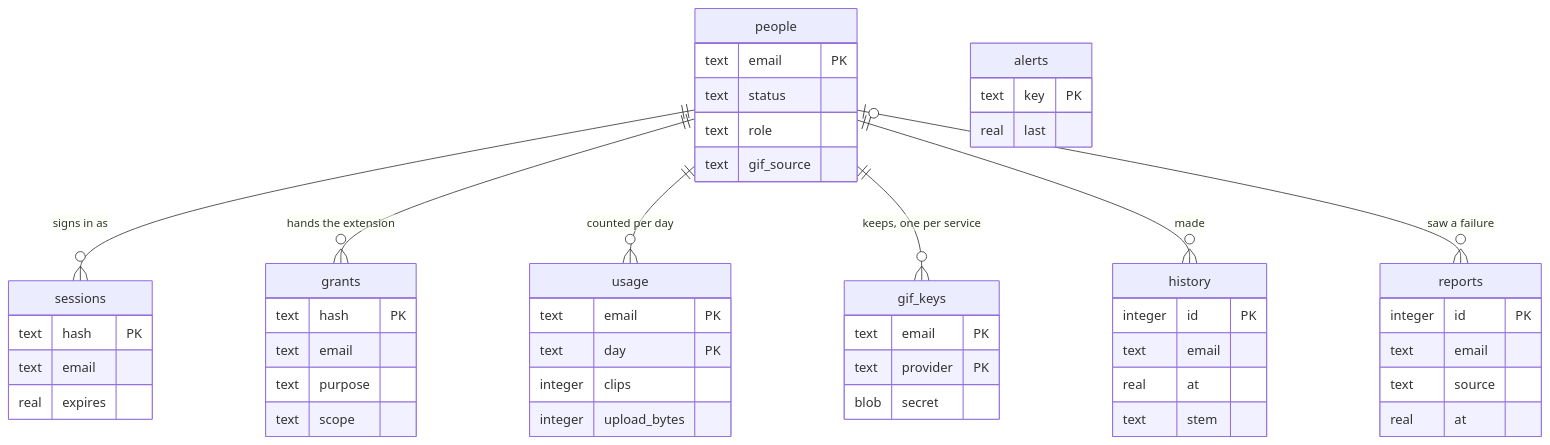
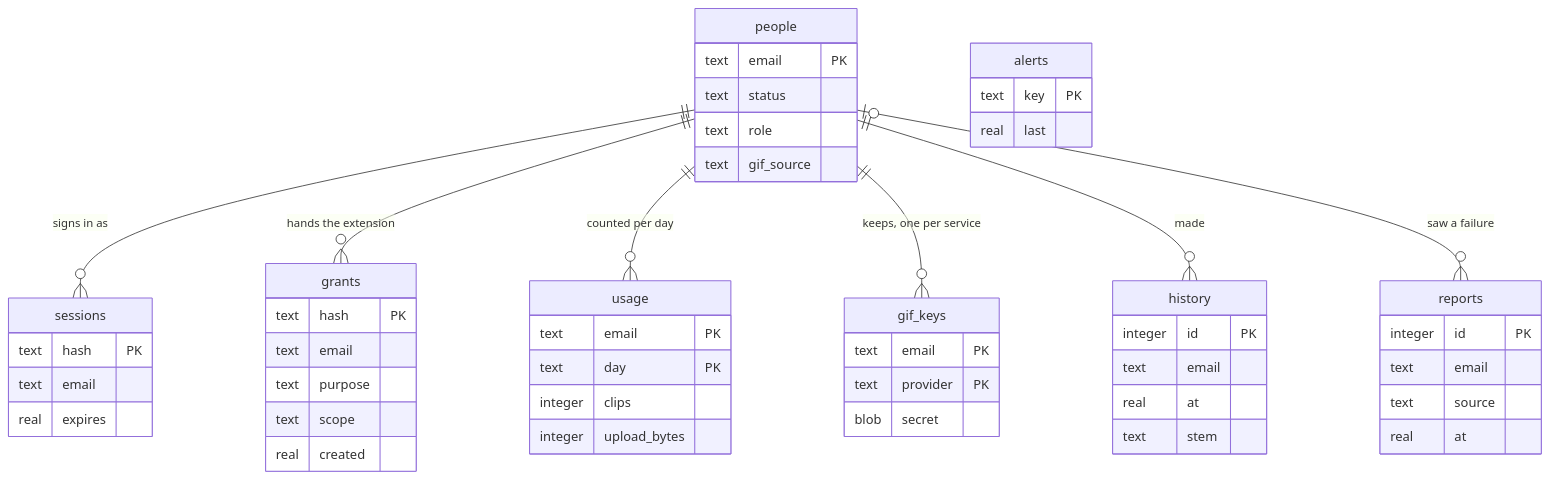
One commit to PalWorks/snipshare-whatsapp-status-maker changed the diagram in DATA_MODEL.md. Above: the diagram before and after it, drawn with Mermaid. The commit also changed other lines of this file and 35 other files, not shown here.

````diff
--- a/DATA_MODEL.md
+++ b/DATA_MODEL.md
@@ -23,53 +23,54 @@
 ```mermaid
 erDiagram
     people ||--o{ sessions : "signs in as"
     people ||--o{ grants : "hands the extension"
     people ||--o{ usage : "counted per day"
     people ||--o{ gif_keys : "keeps, one per service"
     people ||--o{ history : "made"
     people |o--o{ reports : "saw a failure"
     people {
         text email PK
         text status
         text role
         text gif_source
     }
     sessions {
         text hash PK
         text email
         real expires
     }
     grants {
         text hash PK
         text email
         text purpose
         text scope
+        real created
     }
     usage {
         text email PK
         text day PK
         integer clips
         integer upload_bytes
     }
     gif_keys {
         text email PK
         text provider PK
         blob secret
     }
     history {
         integer id PK
         text email
         real at
         text stem
     }
     reports {
         integer id PK
         text email
         text source
         real at
     }
     alerts {
         text key PK
         real last
     }
 ```
````
